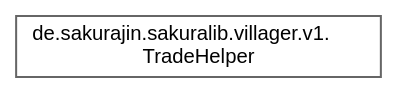
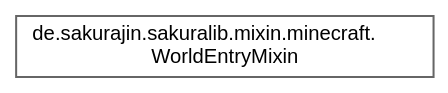
Before and after one commit to noah1510/sakura-lib: the diagram in inherit_graph_27.dot, drawn with Graphviz. The commit also changed 186 other files, not shown here.

```diff
--- a/inherit_graph_27.dot
+++ b/inherit_graph_27.dot
@@ -1,9 +1,9 @@
 digraph "Graphical Class Hierarchy"
 {
  // LATEX_PDF_SIZE
   bgcolor="transparent";
   edge [fontname=Helvetica,fontsize=10,labelfontname=Helvetica,labelfontsize=10];
   node [fontname=Helvetica,fontsize=10,shape=box,height=0.2,width=0.4];
   rankdir="LR";
-  Node0 [label="de.sakurajin.sakuralib.villager.v1.\lTradeHelper",height=0.2,width=0.4,color="grey40", fillcolor="white", style="filled",URL="$classde_1_1sakurajin_1_1sakuralib_1_1villager_1_1v1_1_1TradeHelper.html",tooltip="A helper class to create trades for villagers."];
+  Node0 [label="de.sakurajin.sakuralib.mixin.minecraft.\lWorldEntryMixin",height=0.2,width=0.4,color="grey40", fillcolor="white", style="filled",URL="$classde_1_1sakurajin_1_1sakuralib_1_1mixin_1_1minecraft_1_1WorldEntryMixin.html",tooltip=" "];
 }
```
